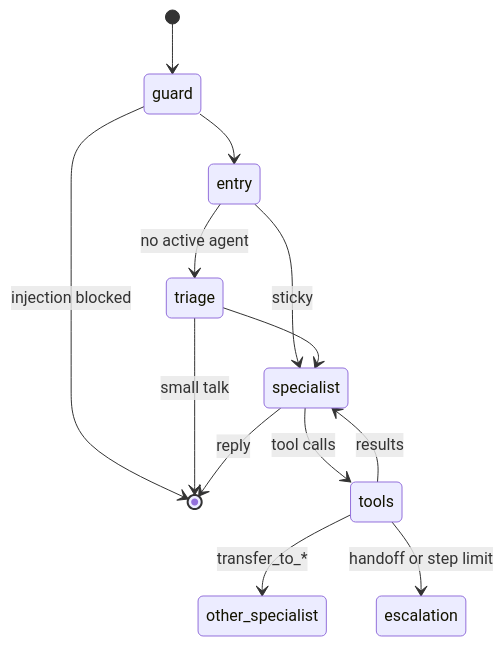
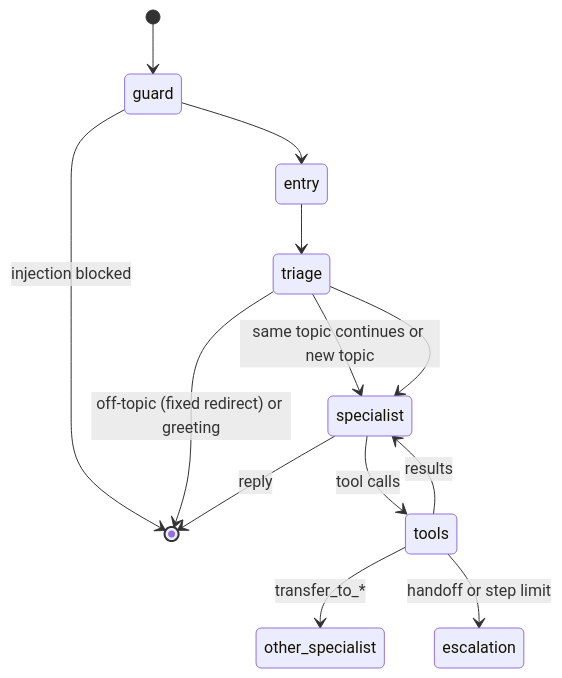
One commit to Hassan-Faisal/multi-agent-support-system changed the first of 2 diagrams in docs/architecture.md. Above: the diagram before and after it, drawn with Mermaid. The commit also changed other lines of this file and 14 other files, not shown here.

First line of the commit message:
Keep agents on topic: screen every message, redirect off-topic chat

````diff
--- a/docs/architecture.md
+++ b/docs/architecture.md
@@ -30,15 +30,15 @@
 ```mermaid
 stateDiagram-v2
   [*] --> guard
   guard --> [*]: injection blocked
   guard --> entry
-  entry --> triage: no active agent
-  entry --> specialist: sticky
-  triage --> [*]: small talk
+  entry --> triage
+  triage --> [*]: off-topic (fixed redirect) or greeting
+  triage --> specialist: same topic continues or new topic
   triage --> specialist
   specialist --> tools: tool calls
   specialist --> [*]: reply
   tools --> specialist: results
   tools --> other_specialist: transfer_to_*
   tools --> escalation: handoff or step limit
 ```
````
